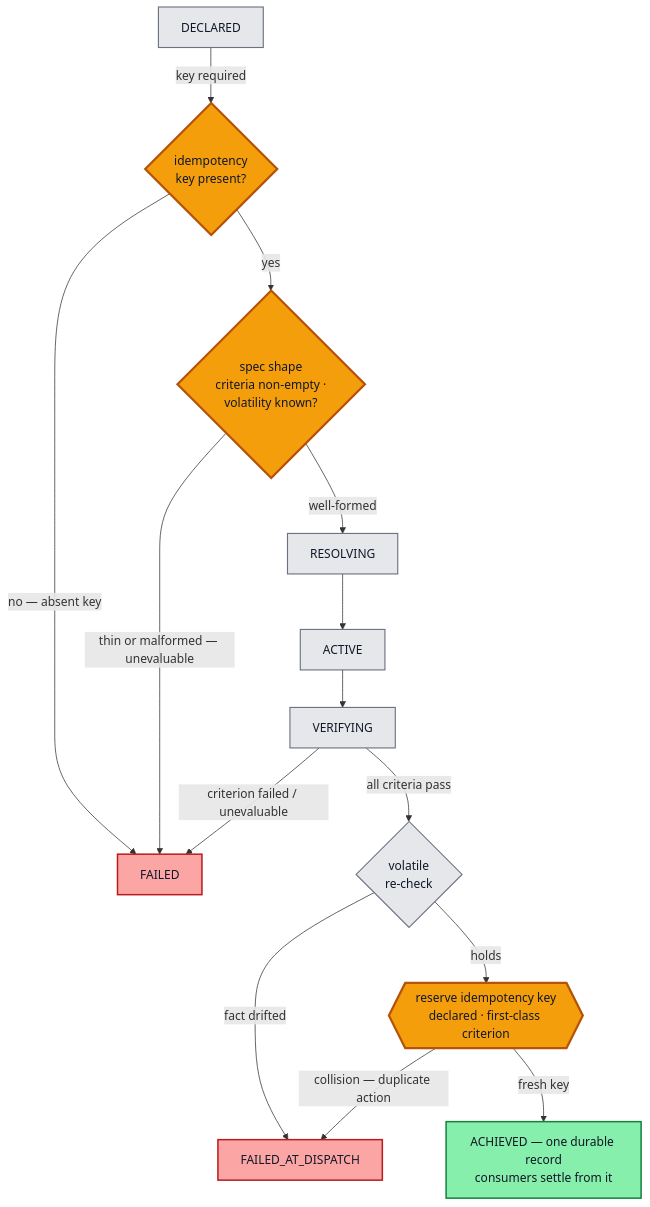
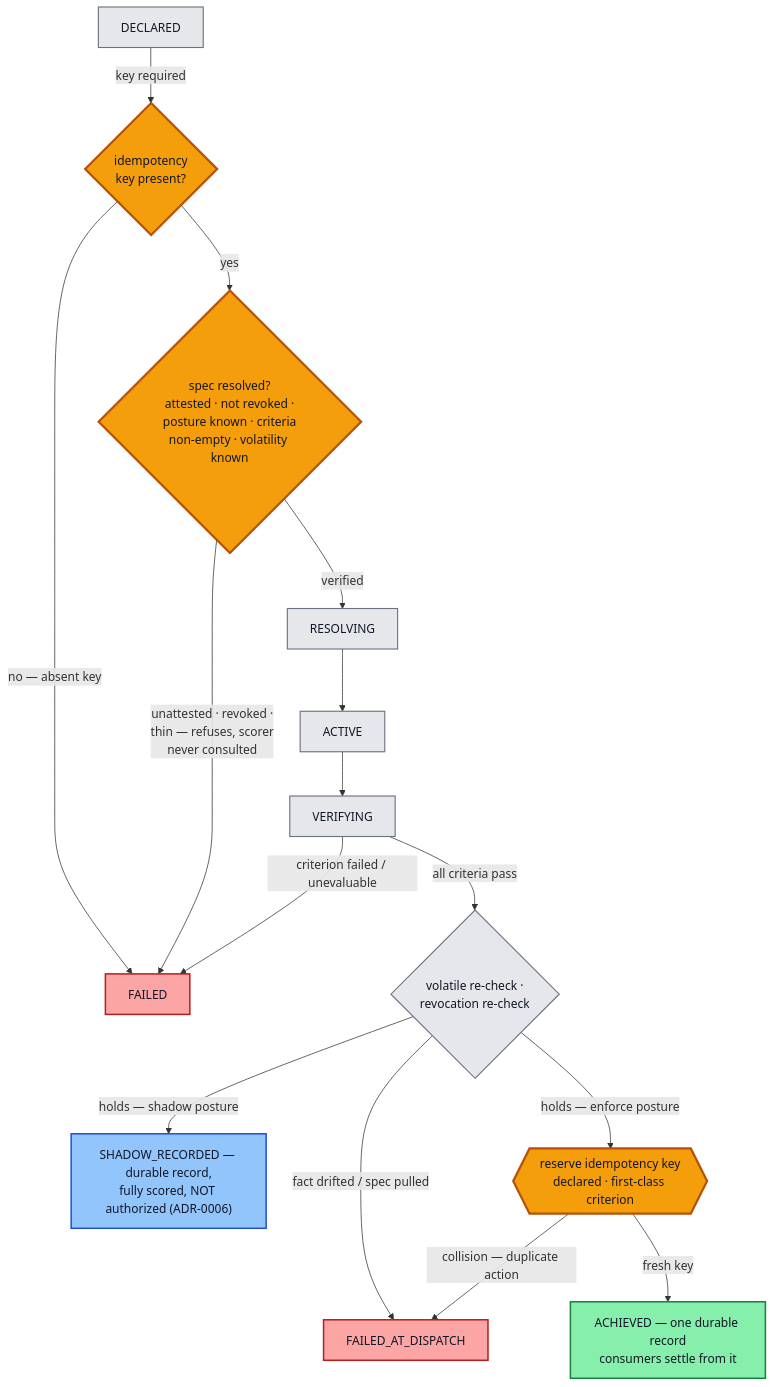
Before and after one commit to hossainpazooki/intent-plane: the third of 4 diagrams in README.md, drawn with Mermaid. The commit also changed other lines of this file and 47 other files, not shown here.

````diff
--- a/README.md
+++ b/README.md
@@ -97,23 +105,26 @@
 ```mermaid
 flowchart TD
     D[DECLARED] -->|key required| K{idempotency<br/>key present?}
     K -->|no — absent key| F[FAILED]
-    K -->|yes| TS{spec shape<br/>criteria non-empty ·<br/>volatility known?}
-    TS -->|thin or malformed — unevaluable| F
-    TS -->|well-formed| R[RESOLVING] --> A[ACTIVE] --> V[VERIFYING]
+    K -->|yes| TS{spec resolved?<br/>attested · not revoked ·<br/>posture known · criteria<br/>non-empty · volatility known}
+    TS -->|"unattested · revoked ·<br/>thin — refuses, scorer<br/>never consulted"| F
+    TS -->|verified| R[RESOLVING] --> A[ACTIVE] --> V[VERIFYING]
     V -->|criterion failed / unevaluable| F
-    V -->|all criteria pass| VR{volatile<br/>re-check}
-    VR -->|fact drifted| FD[FAILED_AT_DISPATCH]
-    VR -->|holds| IDEM{{"reserve idempotency key<br/>declared · first-class criterion"}}
+    V -->|all criteria pass| VR{volatile re-check ·<br/>revocation re-check}
+    VR -->|fact drifted / spec pulled| FD[FAILED_AT_DISPATCH]
+    VR -->|holds — shadow posture| SH["SHADOW_RECORDED — durable record,<br/>fully scored, NOT authorized (ADR-0006)"]
+    VR -->|holds — enforce posture| IDEM{{"reserve idempotency key<br/>declared · first-class criterion"}}
     IDEM -->|collision — duplicate action| FD
     IDEM -->|fresh key| ACH["ACHIEVED — one durable record<br/>consumers settle from it"]
 
     classDef neutral fill:#e5e7eb,stroke:#6b7280,stroke-width:1.5px,color:#111827;
     classDef idem fill:#f59e0b,stroke:#b45309,stroke-width:3px,color:#111827;
     classDef good fill:#86efac,stroke:#15803d,stroke-width:2px,color:#111827;
     classDef bad fill:#fca5a5,stroke:#b91c1c,stroke-width:2px,color:#111827;
+    classDef durable fill:#93c5fd,stroke:#1d4ed8,stroke-width:2px,color:#111827;
     class D,R,A,V,VR neutral;
     class K,TS,IDEM idem;
     class ACH good;
+    class SH durable;
     class F,FD bad;
 ```
````
